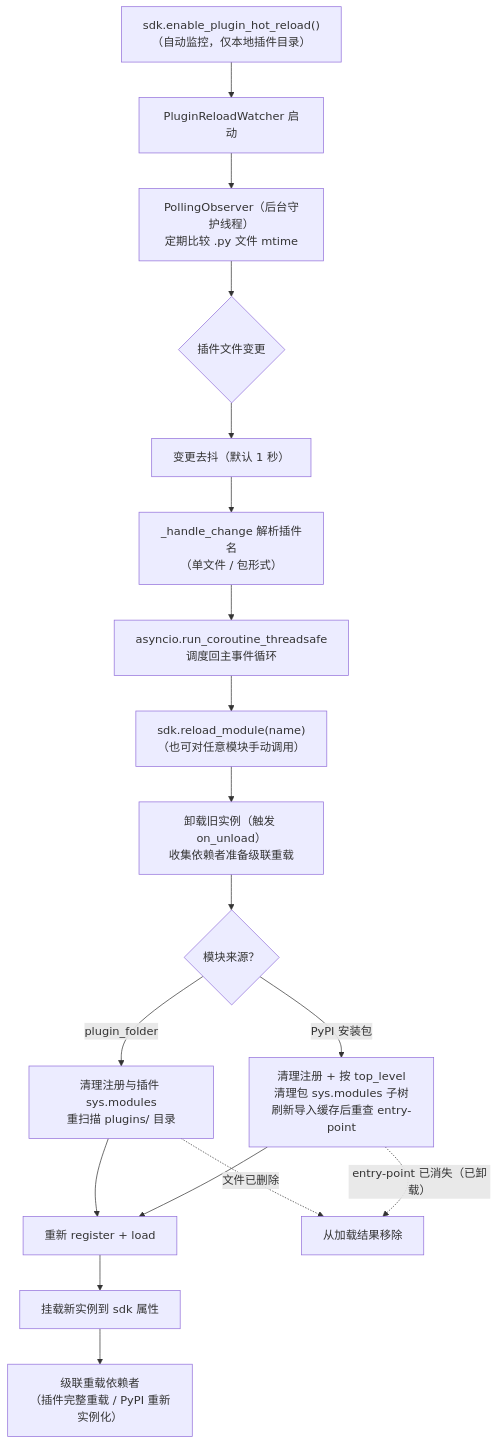
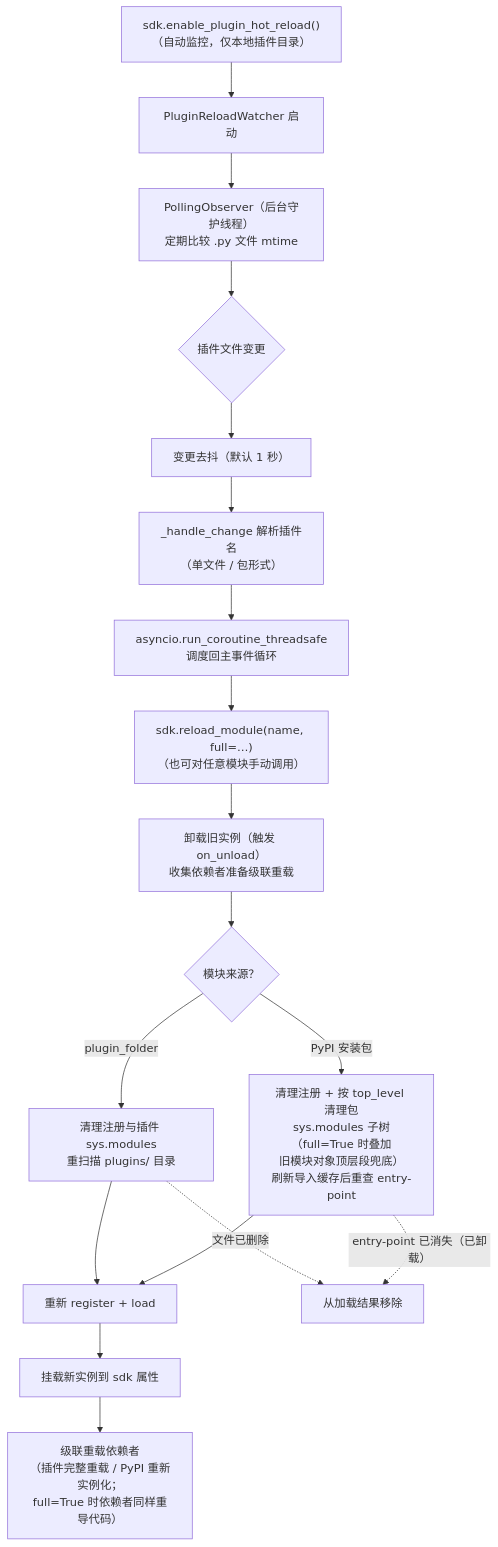
One commit to ErisPulse/ErisPulse changed the ninth of 9 diagrams in docs/zh-CN/architecture.md. Above: the diagram before and after it, drawn with Mermaid. The commit also changed other lines of this file and 50 other files, not shown here.

Commit message:
feat(reload)+fix(cli)+ci: 2.9 收口批次——模块热重载全量化（full 参数/reload_all_modules）；--yes 接线与 CLI 体验补齐；ruff/typecheck 转阻塞并新增 integration 门禁；发布一致性校验加 uv.lock 面；文档实现细节补全与 CHANGELOG 收尾

````diff
--- a/docs/zh-CN/architecture.md
+++ b/docs/zh-CN/architecture.md
@@ -283,20 +283,20 @@
 ```mermaid
 flowchart TD
     A["sdk.enable_plugin_hot_reload()<br/>（自动监控，仅本地插件目录）"] --> B["PluginReloadWatcher 启动"]
     B --> C["PollingObserver（后台守护线程）<br/>定期比较 .py 文件 mtime"]
     C --> D{"插件文件变更"}
     D --> E["变更去抖（默认 1 秒）"]
     E --> F["_handle_change 解析插件名<br/>（单文件 / 包形式）"]
     F --> G["asyncio.run_coroutine_threadsafe<br/>调度回主事件循环"]
-    G --> H["sdk.reload_module(name)<br/>（也可对任意模块手动调用）"]
+    G --> H["sdk.reload_module(name, full=…)<br/>（也可对任意模块手动调用）"]
     H --> I["卸载旧实例（触发 on_unload）<br/>收集依赖者准备级联重载"]
     I --> J{"模块来源？"}
     J -->|"plugin_folder"| K["清理注册与插件 sys.modules<br/>重扫描 plugins/ 目录"]
-    J -->|"PyPI 安装包"| L["清理注册 + 按 top_level<br/>清理包 sys.modules 子树<br/>刷新导入缓存后重查 entry-point"]
+    J -->|"PyPI 安装包"| L["清理注册 + 按 top_level 清理包<br/>sys.modules 子树（full=True 时叠加<br/>旧模块对象顶层段兜底）<br/>刷新导入缓存后重查 entry-point"]
     K --> M["重新 register + load"]
     L --> M
     M --> N["挂载新实例到 sdk 属性"]
-    N --> O["级联重载依赖者<br/>（插件完整重载 / PyPI 重新实例化）"]
+    N --> O["级联重载依赖者<br/>（插件完整重载 / PyPI 重新实例化；<br/>full=True 时依赖者同样重导代码）"]
     K -.->|"文件已删除"| P["从加载结果移除"]
     L -.->|"entry-point 已消失（已卸载）"| P
 ```
````
